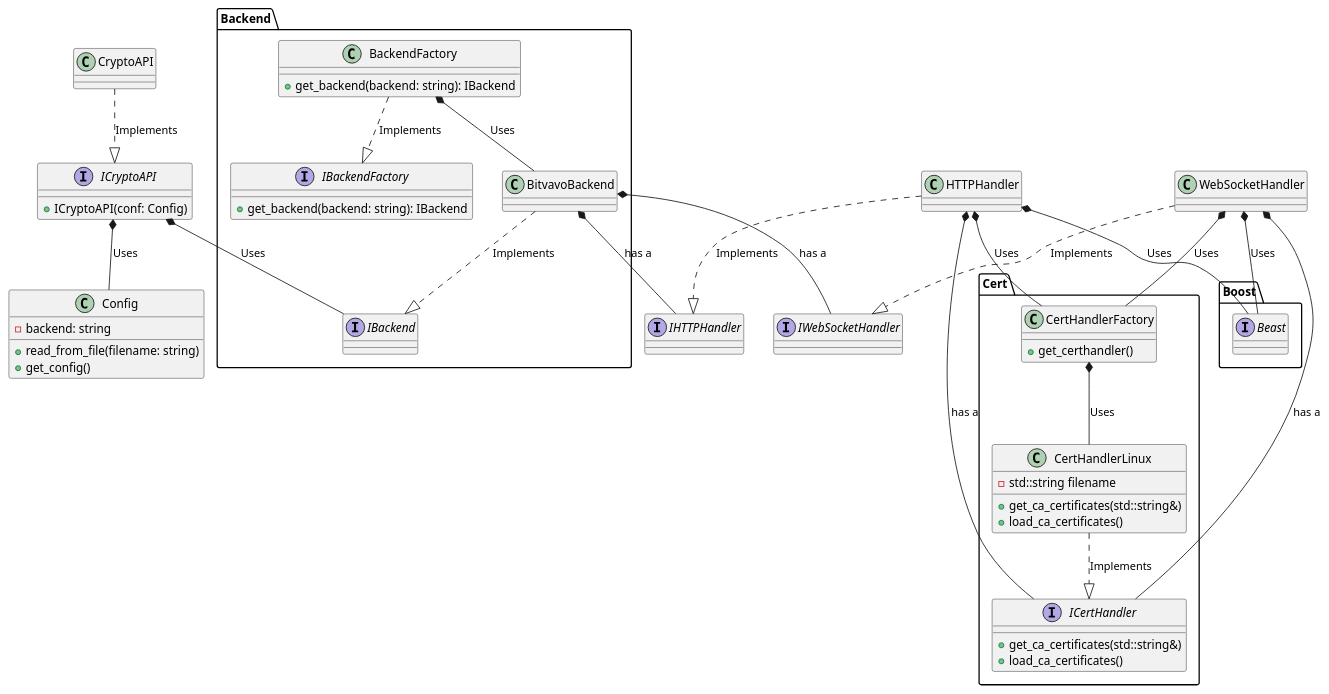
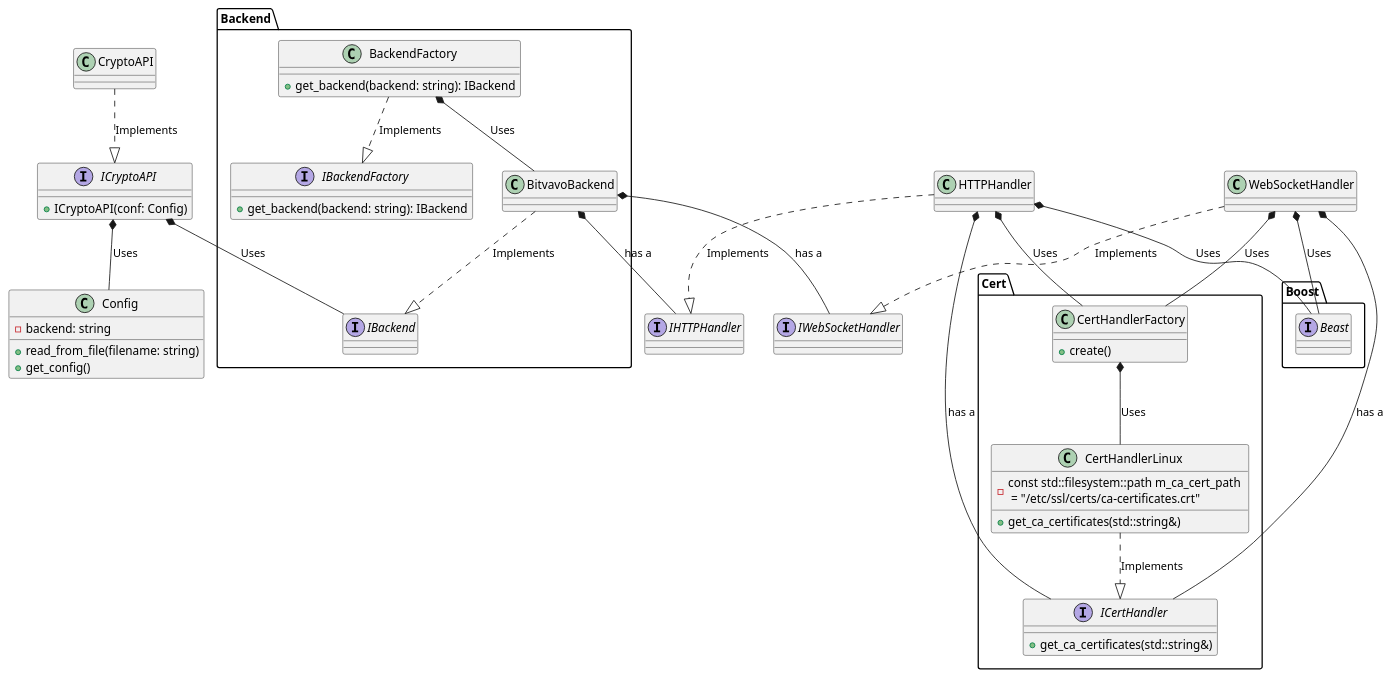
One commit to jochemste/crypto_api_lib changed the diagram in README.org. Above: the diagram before and after it, drawn with PlantUML. The commit also changed 1 other file, not shown here.

```diff
--- a/README.org
+++ b/README.org
@@ -73,17 +73,15 @@
 
           interface ICertHandler {
                   + get_ca_certificates(std::string&)
-                  + load_ca_certificates()
           }
 
           class CertHandlerLinux {
                   + get_ca_certificates(std::string&)
-                  + load_ca_certificates()
-                  - std::string filename
+                  - const std::filesystem::path m_ca_cert_path \n = "/etc/ssl/certs/ca-certificates.crt"
           }
 
           class CertHandlerFactory {
-                  + get_certhandler()
+                  + create()
           }
 
           CertHandlerLinux ..|> ICertHandler: Implements
```
